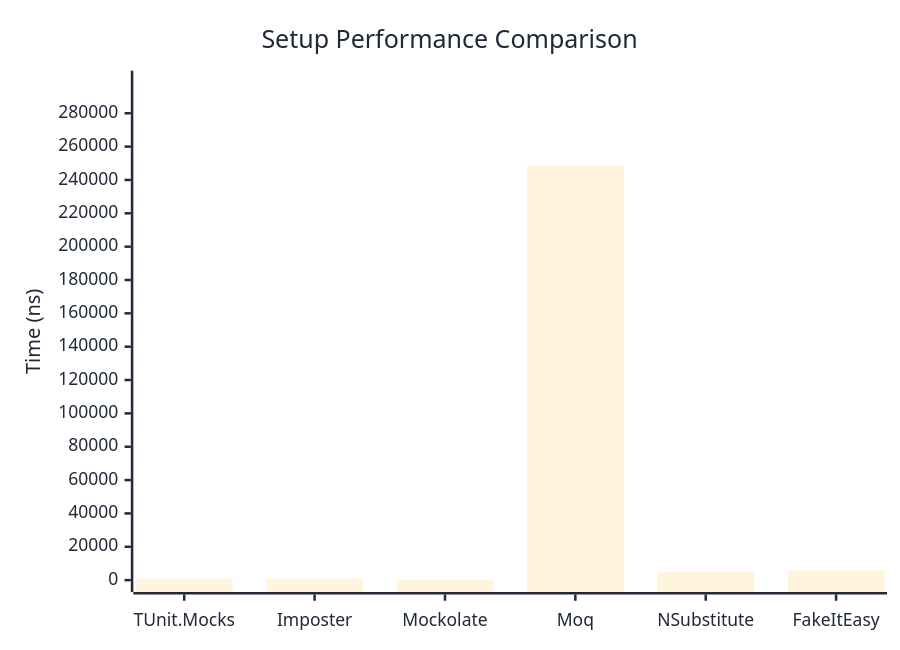
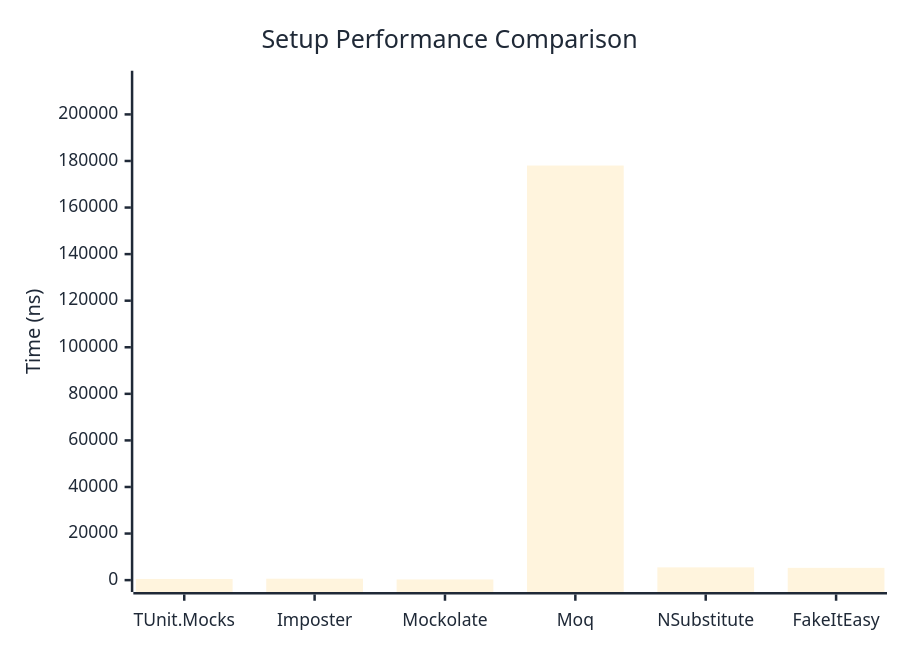
The first of 2 diagrams in docs/docs/benchmarks/mocks/Setup.md (thomhurst/TUnit), drawn with Mermaid before and after one commit. The commit also changed other lines of this file and 14 other files, not shown here.

````diff
--- a/docs/docs/benchmarks/mocks/Setup.md
+++ b/docs/docs/benchmarks/mocks/Setup.md
@@ -30,27 +30,27 @@
 ```mermaid
 %%{init: {
   'theme':'base',
   'themeVariables': {
     'primaryColor': '#2563eb',
     'primaryTextColor': '#1f2937',
     'primaryBorderColor': '#1e40af',
     'lineColor': '#6b7280',
     'secondaryColor': '#7c3aed',
     'tertiaryColor': '#dc2626',
     'background': '#ffffff',
     'pie1': '#2563eb',
     'pie2': '#7c3aed',
     'pie3': '#dc2626',
     'pie4': '#f59e0b',
     'pie5': '#10b981',
     'pie6': '#06b6d4',
     'pie7': '#ec4899',
     'pie8': '#6366f1'
   }
 }}%%
 xychart-beta
   title "Setup Performance Comparison"
   x-axis ["TUnit.Mocks", "Imposter", "Mockolate", "Moq", "NSubstitute", "FakeItEasy"]
-  y-axis "Time (ns)" 0 --> 298374
-  bar [461.1, 730.1, 286.6, 248645, 5151.5, 5964.4]
+  y-axis "Time (ns)" 0 --> 213645
+  bar [498.5, 616.3, 297.3, 178037.1, 5487.3, 5275.9]
 ```
````
